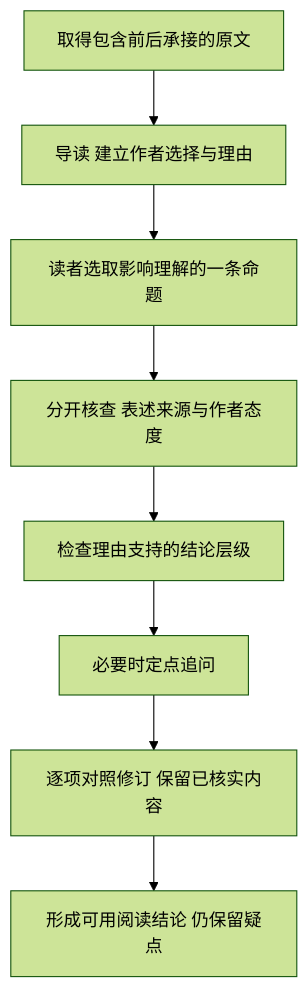
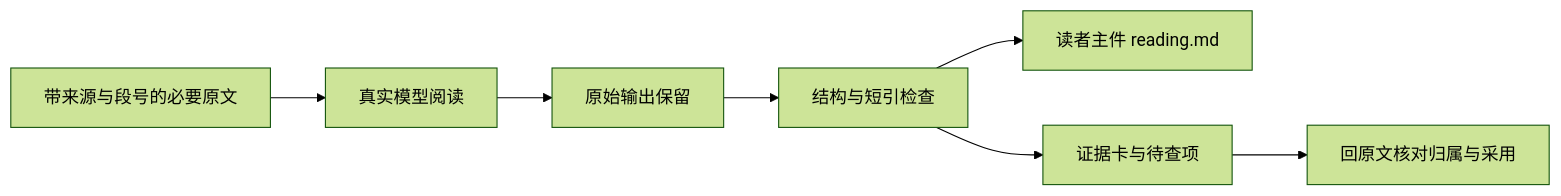
One commit to Feiniao5340-cloud/ai-legal-paper-reading changed the diagram in docs/技术分享.md. Above: the diagram before and after it, drawn with Mermaid (forest theme). The commit also changed other lines of this file and 81 other files, not shown here.

````diff
--- a/docs/技术分享.md
+++ b/docs/技术分享.md
@@ -29,10 +32,9 @@
 ```mermaid
-flowchart TD
- A[取得包含前后承接的原文] --> B[导读 建立作者选择与理由]
- B --> C[读者选取影响理解的一条命题]
- C --> D[分开核查 表述来源与作者态度]
- D --> E[检查理由支持的结论层级]
- E --> F[必要时定点追问]
- F --> G[逐项对照修订 保留已核实内容]
- G --> H[形成可用阅读结论 仍保留疑点]
+flowchart LR
+ A[带来源与段号的必要原文] --> B[真实模型阅读]
+ B --> C[原始输出保留]
+ C --> D[结构与短引检查]
+ D --> E[读者主件 reading.md]
+ D --> F[证据卡与待查项]
+ F --> G[回原文核对归属与采用]
 ```
````
